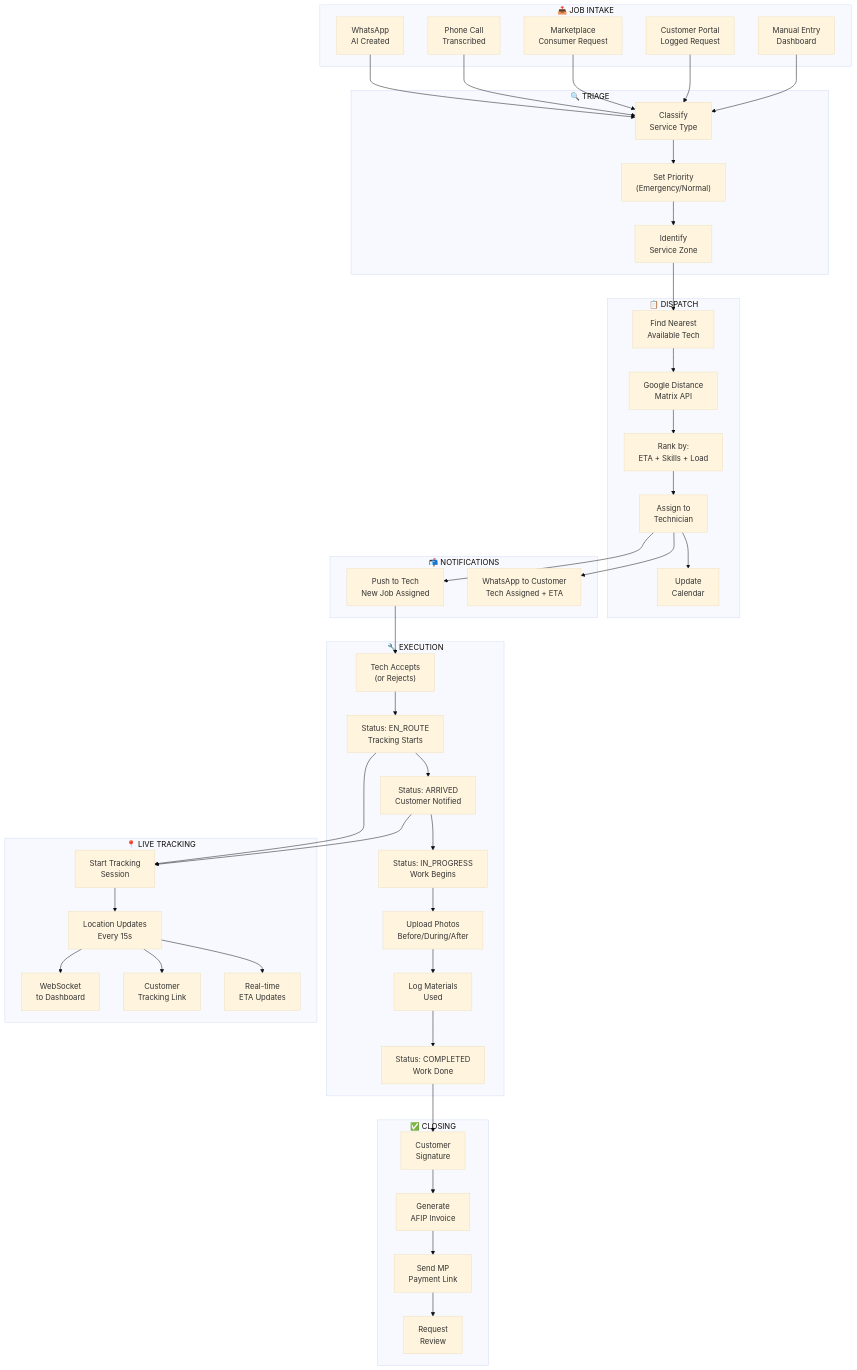
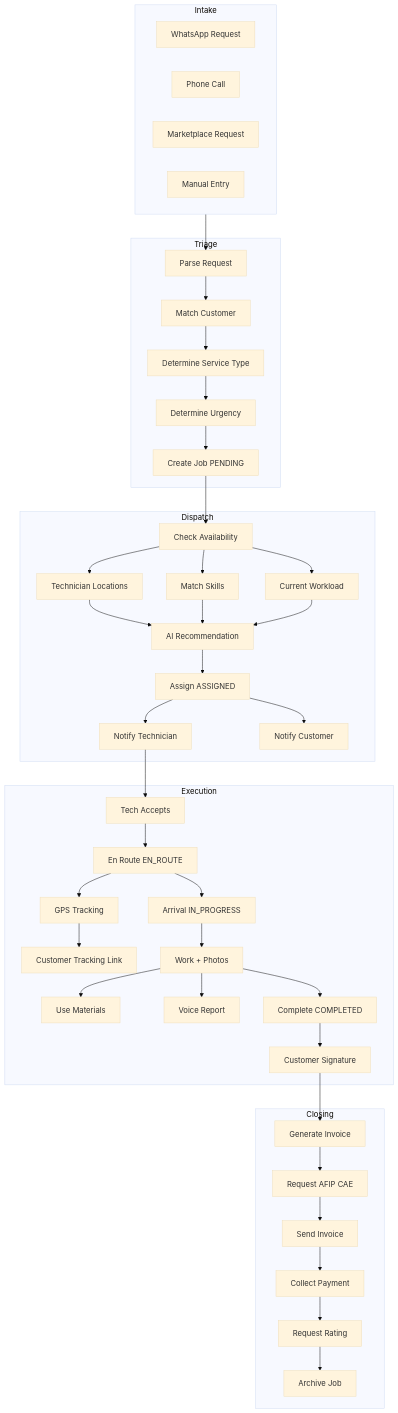
The fifth of 9 diagrams in architecture/campotech-complete-system-architecture.md (leftonspace/CampoTech), drawn with Mermaid (base theme) before and after one commit. The commit also changed other lines of this file, not shown here.

First line of the commit message:
docs: complete CampoTech system architecture documentation

````diff
--- a/architecture/campotech-complete-system-architecture.md
+++ b/architecture/campotech-complete-system-architecture.md
@@ -532,97 +595,65 @@
 ```mermaid
 flowchart TB
-    subgraph INTAKE["📥 JOB INTAKE"]
-        IN_WA["WhatsApp<br/>AI Created"]
-        IN_PHONE["Phone Call<br/>Transcribed"]
-        IN_MKT["Marketplace<br/>Consumer Request"]
-        IN_PORTAL["Customer Portal<br/>Logged Request"]
-        IN_MANUAL["Manual Entry<br/>Dashboard"]
+    subgraph Intake ["Intake"]
+        WA_REQ["WhatsApp Request"]
+        PHONE["Phone Call"]
+        MKTPL["Marketplace Request"]
+        MANUAL["Manual Entry"]
     end
 
-    subgraph TRIAGE["🔍 TRIAGE"]
-        TRI_CLASSIFY["Classify<br/>Service Type"]
-        TRI_PRIORITY["Set Priority<br/>(Emergency/Normal)"]
-        TRI_ZONE["Identify<br/>Service Zone"]
+    subgraph Triage ["Triage"]
+        PARSE_REQ["Parse Request"]
+        MATCH_CUST["Match Customer"]
+        DET_TYPE["Determine Service Type"]
+        DET_URG["Determine Urgency"]
+        CREATE["Create Job PENDING"]
     end
 
-    subgraph DISPATCH["📋 DISPATCH"]
-        DISP_FIND["Find Nearest<br/>Available Tech"]
-        DISP_MATRIX["Google Distance<br/>Matrix API"]
-        DISP_RANK["Rank by:<br/>ETA + Skills + Load"]
-        DISP_ASSIGN["Assign to<br/>Technician"]
-        DISP_CAL["Update<br/>Calendar"]
+    subgraph Dispatch ["Dispatch"]
+        AVAIL["Check Availability"]
+        GPS["Technician Locations"]
+        SKILLS["Match Skills"]
+        LOAD["Current Workload"]
+        RECOMMEND["AI Recommendation"]
+        ASSIGN["Assign ASSIGNED"]
+        NOTIFY_TECH["Notify Technician"]
+        NOTIFY_CUST["Notify Customer"]
     end
 
-    subgraph NOTIFY_ASSIGN["📬 NOTIFICATIONS"]
-        NOT_TECH["Push to Tech<br/>New Job Assigned"]
-        NOT_CUST["WhatsApp to Customer<br/>Tech Assigned + ETA"]
+    subgraph Execute ["Execution"]
+        ACCEPT["Tech Accepts"]
+        EN_ROUTE["En Route EN_ROUTE"]
+        TRACK_GPS["GPS Tracking"]
+        TRACK_LINK["Customer Tracking Link"]
+        ARRIVE["Arrival IN_PROGRESS"]
+        WORK["Work + Photos"]
+        MATERIALS["Use Materials"]
+        VOICE_RPT["Voice Report"]
+        COMPLETE["Complete COMPLETED"]
+        SIGNATURE["Customer Signature"]
     end
 
-    subgraph EXECUTION["🔧 EXECUTION"]
-        EX_ACCEPT["Tech Accepts<br/>(or Rejects)"]
-        EX_ENROUTE["Status: EN_ROUTE<br/>Tracking Starts"]
-        EX_ARRIVE["Status: ARRIVED<br/>Customer Notified"]
-        EX_PROGRESS["Status: IN_PROGRESS<br/>Work Begins"]
-        EX_PHOTOS["Upload Photos<br/>Before/During/After"]
-        EX_MATERIALS["Log Materials<br/>Used"]
-        EX_COMPLETE["Status: COMPLETED<br/>Work Done"]
+    subgraph Close ["Closing"]
+        GEN_INV["Generate Invoice"]
+        AFIP_CAE["Request AFIP CAE"]
+        SEND_INV["Send Invoice"]
+        COLLECT["Collect Payment"]
+        RATING_REQ["Request Rating"]
+        ARCHIVE["Archive Job"]
     end
 
-    subgraph TRACKING["📍 LIVE TRACKING"]
-        TRACK_START["Start Tracking<br/>Session"]
-        TRACK_UPDATE["Location Updates<br/>Every 15s"]
-        TRACK_WS["WebSocket<br/>to Dashboard"]
-        TRACK_LINK["Customer<br/>Tracking Link"]
-        TRACK_ETA["Real-time<br/>ETA Updates"]
-    end
+    Intake --> PARSE_REQ --> MATCH_CUST --> DET_TYPE --> DET_URG --> CREATE
 
-    subgraph CLOSE["✅ CLOSING"]
-        CLOSE_SIG["Customer<br/>Signature"]
-        CLOSE_INV["Generate<br/>AFIP Invoice"]
-        CLOSE_PAY["Send MP<br/>Payment Link"]
-        CLOSE_REVIEW["Request<br/>Review"]
-    end
+    CREATE --> AVAIL
+    AVAIL --> GPS & SKILLS & LOAD
+    GPS & SKILLS & LOAD --> RECOMMEND --> ASSIGN
+    ASSIGN --> NOTIFY_TECH & NOTIFY_CUST
 
-    %% Intake to Triage
-    IN_WA --> TRI_CLASSIFY
-    IN_PHONE --> TRI_CLASSIFY
-    IN_MKT --> TRI_CLASSIFY
-    IN_PORTAL --> TRI_CLASSIFY
-    IN_MANUAL --> TRI_CLASSIFY
+    NOTIFY_TECH --> ACCEPT --> EN_ROUTE
+    EN_ROUTE --> TRACK_GPS --> TRACK_LINK
+    EN_ROUTE --> ARRIVE --> WORK
+    WORK --> MATERIALS & VOICE_RPT
+    WORK --> COMPLETE --> SIGNATURE
 
-    TRI_CLASSIFY --> TRI_PRIORITY --> TRI_ZONE
-
-    %% Triage to Dispatch
-    TRI_ZONE --> DISP_FIND
-    DISP_FIND --> DISP_MATRIX
-    DISP_MATRIX --> DISP_RANK
-    DISP_RANK --> DISP_ASSIGN
-    DISP_ASSIGN --> DISP_CAL
-
-    %% Dispatch to Notifications
-    DISP_ASSIGN --> NOT_TECH
-    DISP_ASSIGN --> NOT_CUST
-
-    %% Execution flow
-    NOT_TECH --> EX_ACCEPT
-    EX_ACCEPT --> EX_ENROUTE
-    EX_ENROUTE --> EX_ARRIVE
-    EX_ARRIVE --> EX_PROGRESS
-    EX_PROGRESS --> EX_PHOTOS
-    EX_PHOTOS --> EX_MATERIALS
-    EX_MATERIALS --> EX_COMPLETE
-
-    %% Tracking parallel
-    EX_ENROUTE --> TRACK_START
-    TRACK_START --> TRACK_UPDATE
-    TRACK_UPDATE --> TRACK_WS
-    TRACK_UPDATE --> TRACK_LINK
-    TRACK_UPDATE --> TRACK_ETA
-    EX_ARRIVE --> TRACK_START
-
-    %% Closing
-    EX_COMPLETE --> CLOSE_SIG
-    CLOSE_SIG --> CLOSE_INV
-    CLOSE_INV --> CLOSE_PAY
-    CLOSE_PAY --> CLOSE_REVIEW
+    SIGNATURE --> GEN_INV --> AFIP_CAE --> SEND_INV --> COLLECT --> RATING_REQ --> ARCHIVE
 ```
````
